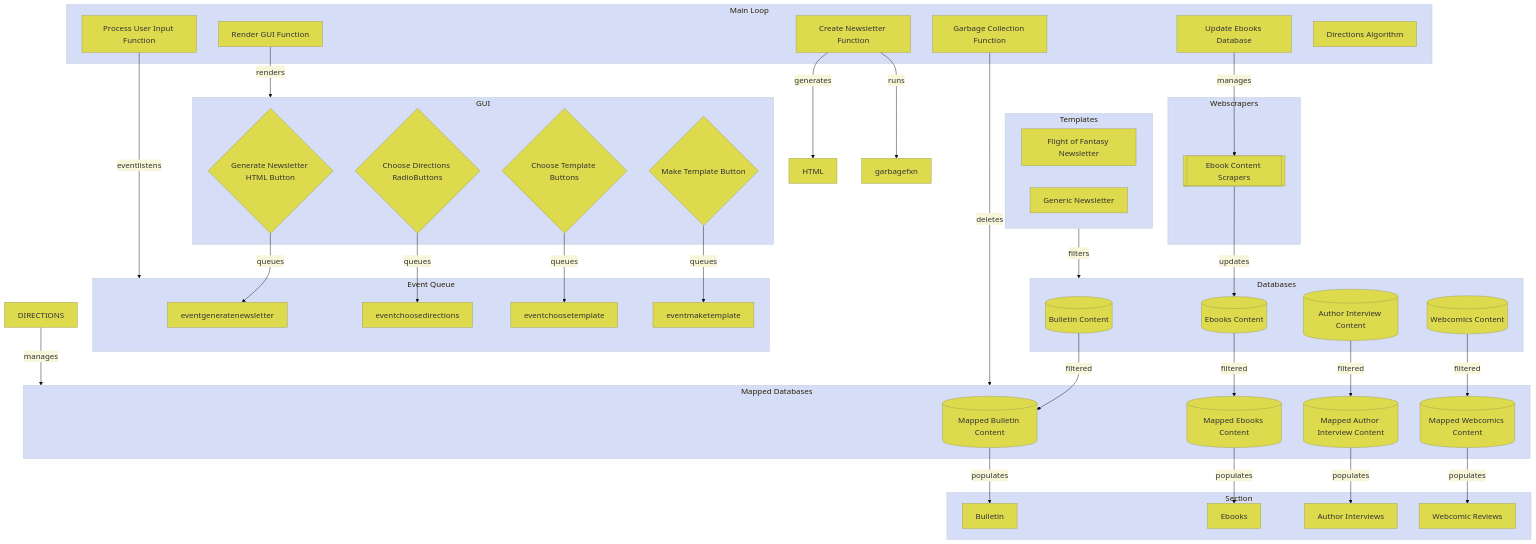
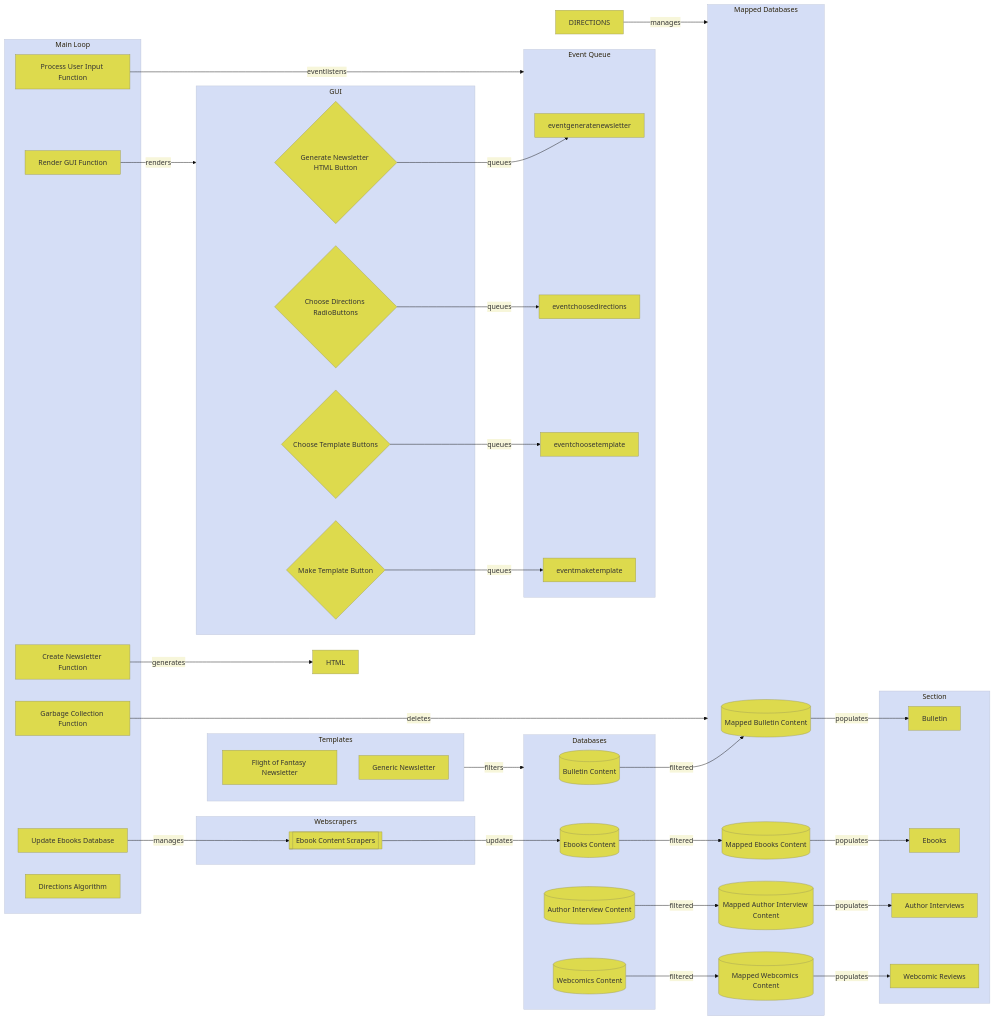
Before and after one commit to jhbardwell/Busy-Bee-Newsletters: the first of 2 diagrams in DESIGNDOC.md, drawn with Mermaid. The commit also changed other lines of this file, not shown here.

````diff
--- a/DESIGNDOC.md
+++ b/DESIGNDOC.md
@@ -30,74 +30,72 @@
 ```mermaid
 %%{init: {'theme': 'base', 'themeVariables': 
-{ 'fontSize': '18px', 'fontFamily': 'Inter',
-'primaryColor': '#DDDA4D', 'edgeLabelBackground':'#F7F6DA', 'tertiaryColor': '#D5DEF6'}}}%%
-flowchart TD
+{ 'primaryColor': '#DDDA4D', 'edgeLabelBackground':'#F7F6DA', 'tertiaryColor': '#D5DEF6'}}}%%
+flowchart LR
   %%relationships
   buttongeneratenewsletter--queues-->eventgeneratenewsletter
   buttonchoosedirections--queues-->eventchoosedirections
   buttonchoosetemplate--queues-->eventchoosetemplate
   buttonmaketemplate--queues-->eventmaketemplate
   databasebulletins--filtered-->mappedbulletins
   databaseebooks--filtered-->mappedebooks
   databaseauthors--filtered-->mappedauthors
   databasewebcomics--filtered-->mappedwebcomics
   ebookscraper--updates-->databaseebooks
   fxngarbage--deletes-->MAPDATABASES
   fxngenerate--generates-->HTML
-  fxngenerate--runs-->garbagefxn
   fxnprocessinput--eventlistens-->EVENTS
   fxnrender--renders-->GUI
   fxnupdate--manages-->ebookscraper
   mappedbulletins--populates-->sectionbulletins
   mappedebooks--populates-->sectionebooks
   mappedauthors--populates-->sectionauthors
   mappedwebcomics--populates-->sectionwebcomics
   DIRECTIONS--manages-->MAPDATABASES
   TEMPLATES--filters-->DATABASES
    %% structure
    subgraph MAIN [Main Loop]
       fxndirections[Directions Algorithm]
       fxnprocessinput[Process User Input Function]
       fxnrender[Render GUI Function]
       fxngenerate[Create Newsletter Function]
       fxngarbage[Garbage Collection Function]
       fxnupdate[Update Ebooks Database]
       end
    subgraph EVENTS [Event Queue]
       eventchoosedirections
       eventchoosetemplate
       eventgeneratenewsletter
       eventmaketemplate
       end
    subgraph GUI [GUI]
       buttonchoosetemplate{Choose Template Buttons}
       buttonchoosedirections{Choose Directions RadioButtons}
       buttongeneratenewsletter{Generate Newsletter HTML Button}
       buttonmaketemplate{Make Template Button}
       end 
    subgraph DATABASES [Databases]
      databasebulletins[(Bulletin Content)]
      databaseebooks[(Ebooks Content)]
      databaseauthors[(Author Interview Content)]
      databasewebcomics[(Webcomics Content)]
      end
    subgraph MAPDATABASES [Mapped Databases]
      mappedbulletins[(Mapped Bulletin Content)]
      mappedebooks[(Mapped Ebooks Content)]
      mappedauthors[(Mapped Author Interview Content)]
      mappedwebcomics[(Mapped Webcomics Content)]
      end
    subgraph WEBSCRAPERS [Webscrapers]
      ebookscraper[[Ebook Content Scrapers]] 
      end
    subgraph TEMPLATES [Templates]
       fofnewsletter[Flight of Fantasy Newsletter]
       genericnewsletter[Generic Newsletter]
       end
    subgraph SECTION [Section]
       sectionbulletins[Bulletin]
       sectionebooks[Ebooks]
       sectionauthors[Author Interviews]
       sectionwebcomics[Webcomic Reviews]
       end
 ```
````
